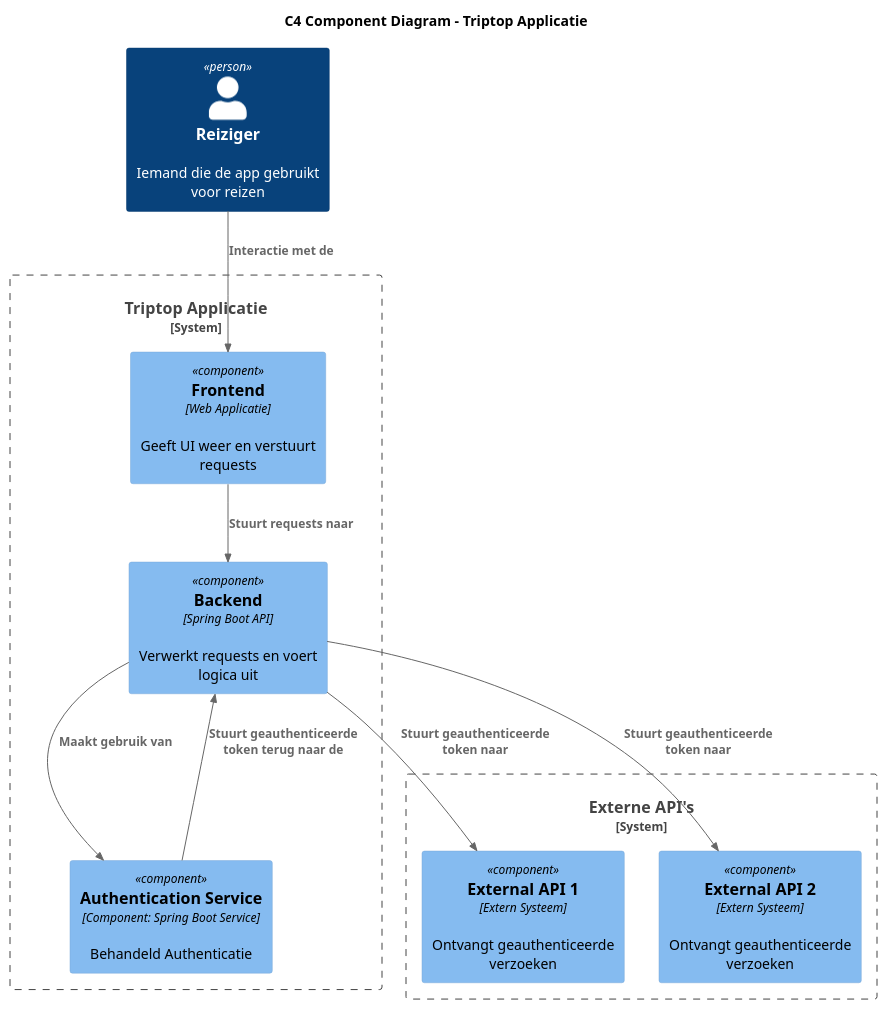
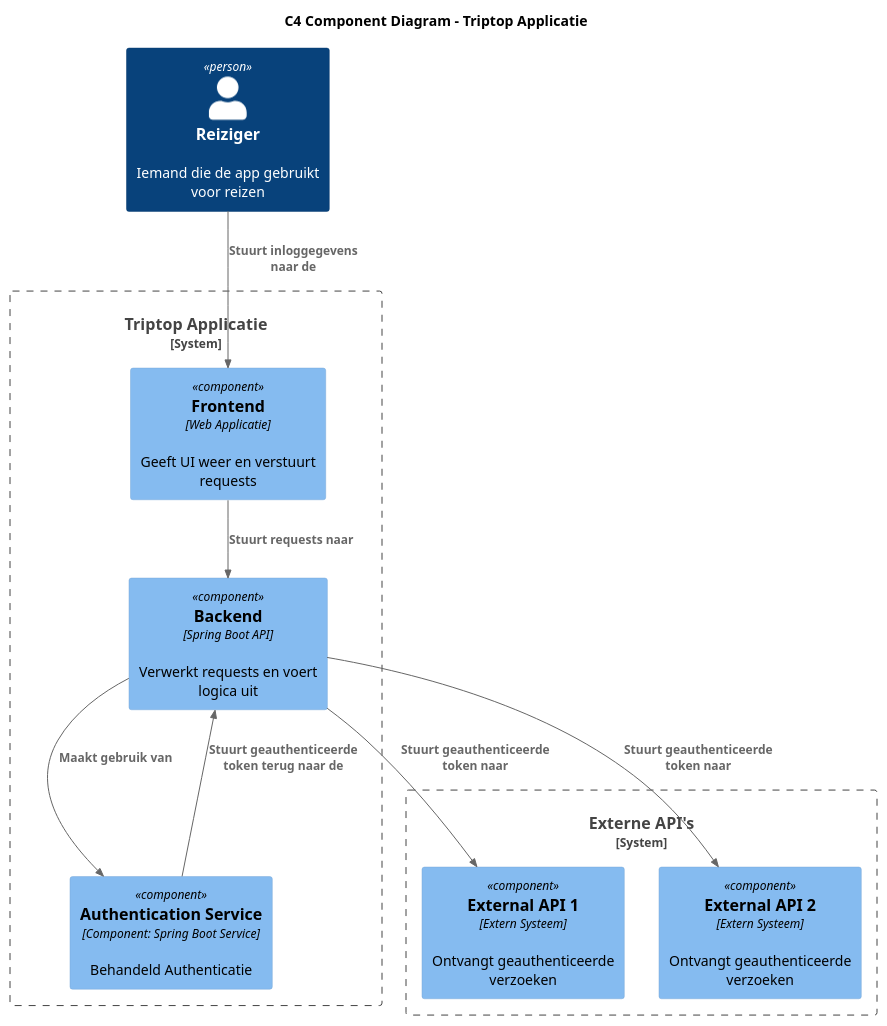
The diagram in opdracht-diagrammen/C4-Diagrammen/C4-Component-Diagram-Mischa.puml (AIM-ENE-feb25/triptop-peak-performers-groep-1), drawn with PlantUML before and after one commit. The commit also changed 4 other files, not shown here.

```diff
--- a/opdracht-diagrammen/C4-Diagrammen/C4-Component-Diagram-Mischa.puml
+++ b/opdracht-diagrammen/C4-Diagrammen/C4-Component-Diagram-Mischa.puml
@@ -1,26 +1,26 @@
 @startuml
 !include <C4/C4_Component>
 
 title C4 Component Diagram - Triptop Applicatie
 
 Person(User, "Reiziger", "Iemand die de app gebruikt voor reizen")
 
 System_Boundary(c3, "Triptop Applicatie") {
     Component(Frontend, "Frontend", "Web Applicatie", "Geeft UI weer en verstuurt requests")
     Component(Backend, "Backend", "Spring Boot API", "Verwerkt requests en voert logica uit")
     Component(AuthenticationService, "Authentication Service", "Component: Spring Boot Service", "Behandeld Authenticatie")
 }
 
 System_Boundary(c4, "Externe API's") {
     Component(ExternelAPI1, "External API 1", "Extern Systeem", "Ontvangt geauthenticeerde verzoeken")
     Component(ExternalAPI2, "External API 2", "Extern Systeem", "Ontvangt geauthenticeerde verzoeken")
 }
 
-Rel(User, Frontend, "Interactie met de")
+Rel(User, Frontend, "Stuurt inloggegevens naar de")
 Rel(Frontend, Backend, "Stuurt requests naar")
 Rel(Backend, AuthenticationService, "Maakt gebruik van")
 Rel(AuthenticationService, Backend, "Stuurt geauthenticeerde token terug naar de")
 Rel(Backend, ExternelAPI1, "Stuurt geauthenticeerde token naar")
 Rel(Backend, ExternalAPI2, "Stuurt geauthenticeerde token naar")
 
 @enduml
```
